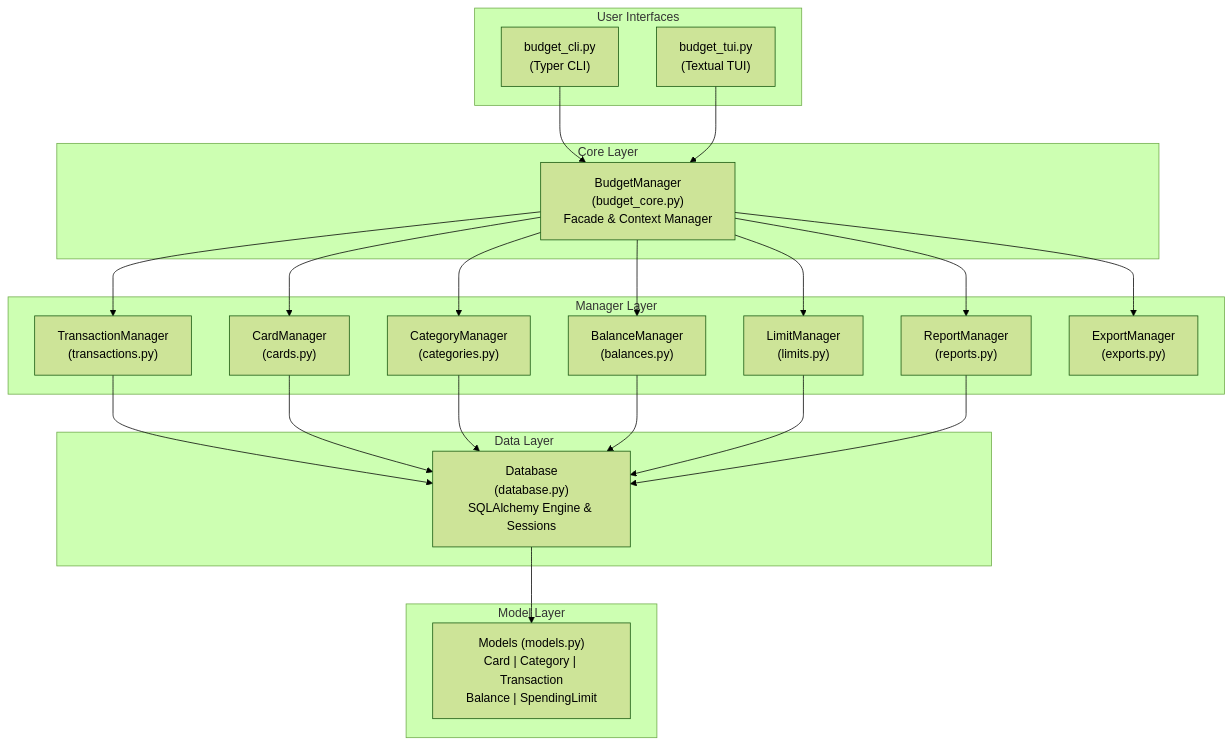
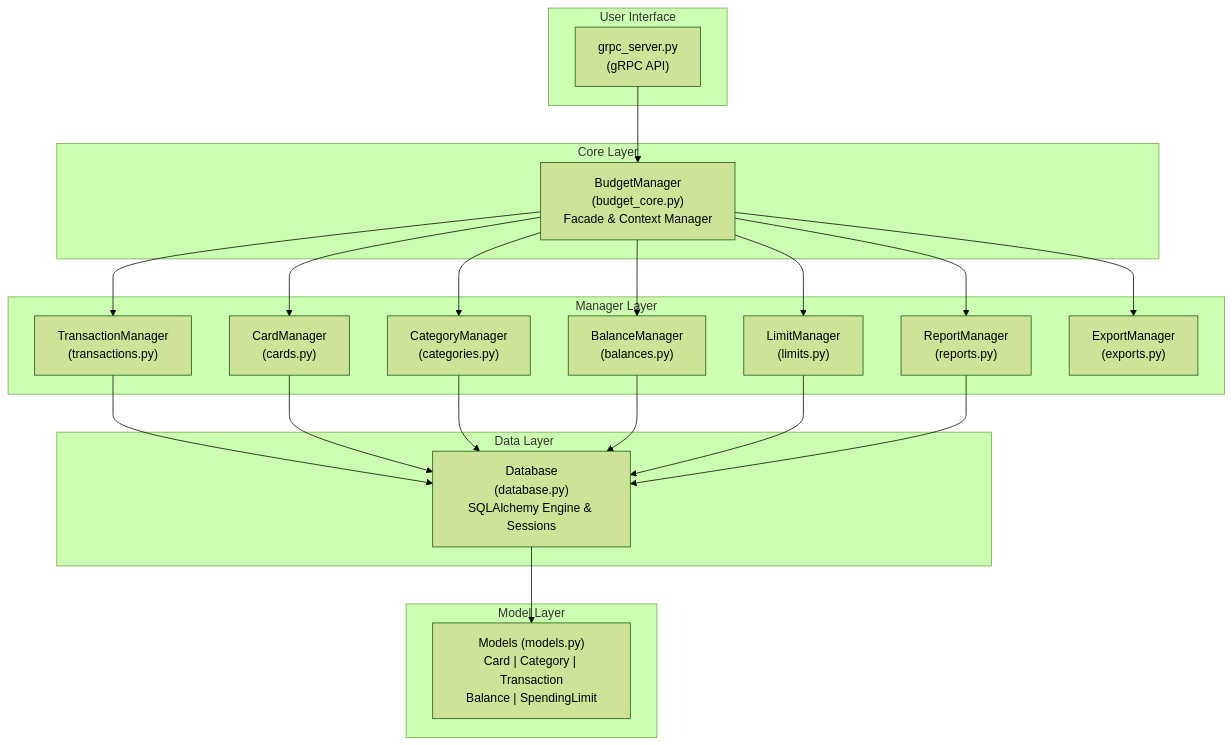
One commit to lovesahaj/budget-cli changed the first of 2 diagrams in README.md. Above: the diagram before and after it, drawn with Mermaid (forest theme). The commit also changed other lines of this file and 39 other files, not shown here.

Commit message:
adding grpc server

````diff
--- a/README.md
+++ b/README.md
@@ -57,49 +182,47 @@
 ```mermaid
 graph TD
-    subgraph UI["User Interfaces"]
-        CLI["budget_cli.py<br/>(Typer CLI)"]
-        TUI["budget_tui.py<br/>(Textual TUI)"]
+    subgraph UI["User Interface"]
+        GRPC["grpc_server.py<br/>(gRPC API)"]
     end
 
     subgraph Core["Core Layer"]
         BM["BudgetManager<br/>(budget_core.py)<br/>Facade & Context Manager"]
     end
 
     subgraph Managers["Manager Layer"]
         TM["TransactionManager<br/>(transactions.py)"]
         CM["CardManager<br/>(cards.py)"]
         CAT["CategoryManager<br/>(categories.py)"]
         BAL["BalanceManager<br/>(balances.py)"]
         LM["LimitManager<br/>(limits.py)"]
         RM["ReportManager<br/>(reports.py)"]
         EM["ExportManager<br/>(exports.py)"]
     end
 
     subgraph Data["Data Layer"]
         DB["Database<br/>(database.py)<br/>SQLAlchemy Engine & Sessions"]
     end
 
     subgraph Models["Model Layer"]
         M["Models (models.py)<br/>Card | Category | Transaction<br/>Balance | SpendingLimit"]
     end
 
-    CLI --> BM
-    TUI --> BM
+    GRPC --> BM
 
     BM --> TM
     BM --> CM
     BM --> CAT
     BM --> BAL
     BM --> LM
     BM --> RM
     BM --> EM
 
     TM --> DB
     CM --> DB
     CAT --> DB
     BAL --> DB
     LM --> DB
     RM --> DB
 
     DB --> M
 ```
````
